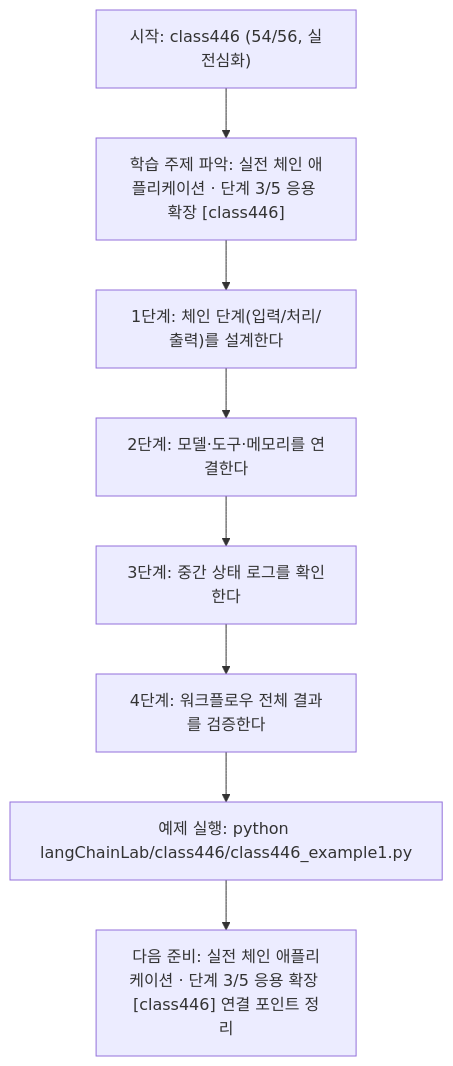
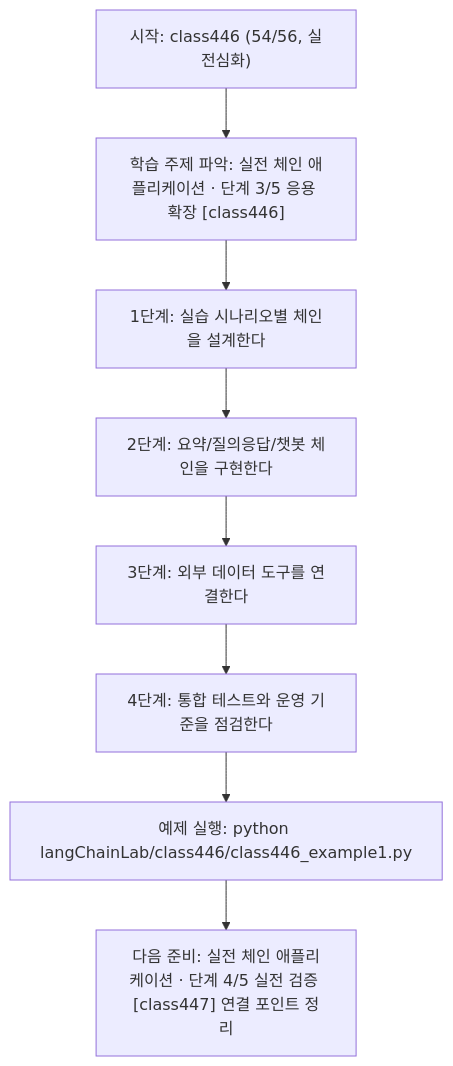
Before and after one commit to edumgt/Python-AI_Agent-Class: the diagram in langChainLab/class446/class446.md, drawn with Mermaid. The commit also changed other lines of this file and 395 other files, not shown here.

````diff
--- a/langChainLab/class446/class446.md
+++ b/langChainLab/class446/class446.md
@@ -110,18 +91,18 @@
 ```mermaid
 flowchart TD
 N1["시작: class446 (54/56, 실전심화)"]
 N2["학습 주제 파악: 실전 체인 애플리케이션 · 단계 3/5 응용 확장 [class446]"]
-N3["1단계: 체인 단계(입력/처리/출력)를 설계한다"]
-N4["2단계: 모델·도구·메모리를 연결한다"]
-N5["3단계: 중간 상태 로그를 확인한다"]
-N6["4단계: 워크플로우 전체 결과를 검증한다"]
+N3["1단계: 실습 시나리오별 체인을 설계한다"]
+N4["2단계: 요약/질의응답/챗봇 체인을 구현한다"]
+N5["3단계: 외부 데이터 도구를 연결한다"]
+N6["4단계: 통합 테스트와 운영 기준을 점검한다"]
 N7["예제 실행: python langChainLab/class446/class446_example1.py"]
-N8["다음 준비: 실전 체인 애플리케이션 · 단계 3/5 응용 확장 [class446] 연결 포인트 정리"]
+N8["다음 준비: 실전 체인 애플리케이션 · 단계 4/5 실전 검증 [class447] 연결 포인트 정리"]
 N1 --> N2
 N2 --> N3
 N3 --> N4
 N4 --> N5
 N5 --> N6
 N6 --> N7
 N7 --> N8
 ```
````
